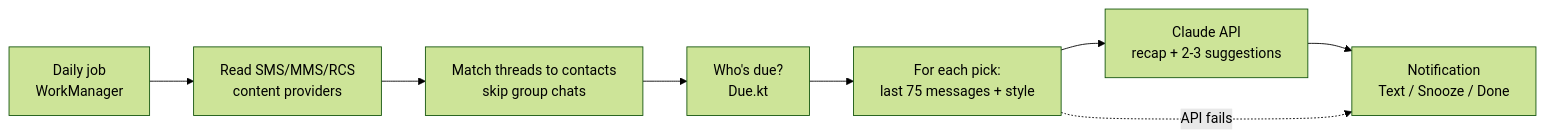
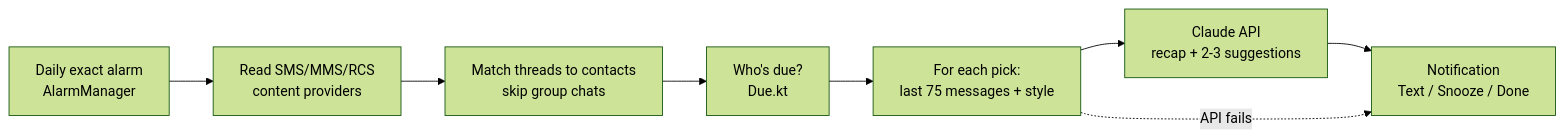
The diagram in README.md (NAS-Code/Heyu), drawn with Mermaid (forest theme) before and after one commit. The commit also changed other lines of this file and 4 other files, not shown here.

First line of the commit message:
Daily check on an exact alarm instead of a periodic job

````diff
--- a/README.md
+++ b/README.md
@@ -50,10 +50,10 @@
 ```mermaid
 flowchart LR
-    A[Daily job<br/>WorkManager] --> B[Read SMS/MMS/RCS<br/>content providers]
+    A[Daily exact alarm<br/>AlarmManager] --> B[Read SMS/MMS/RCS<br/>content providers]
     B --> C[Match threads to contacts<br/>skip group chats]
     C --> D[Who's due?<br/>Due.kt]
     D --> E[For each pick:<br/>last 75 messages + style]
     E --> F[Claude API<br/>recap + 2-3 suggestions]
     F --> G[Notification<br/>Text / Snooze / Done]
     E -. API fails .-> G
 ```
````
